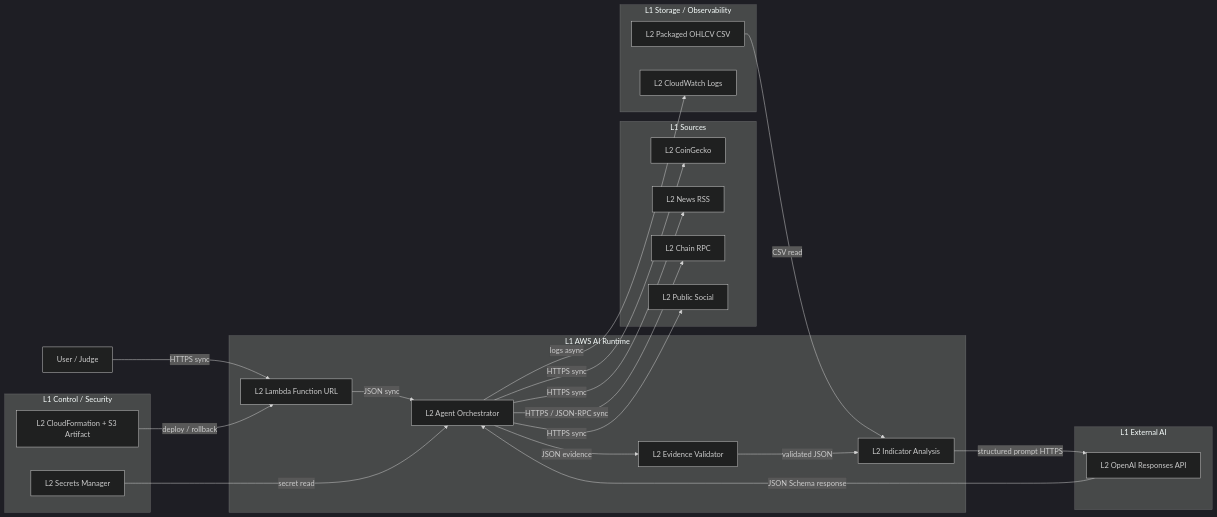
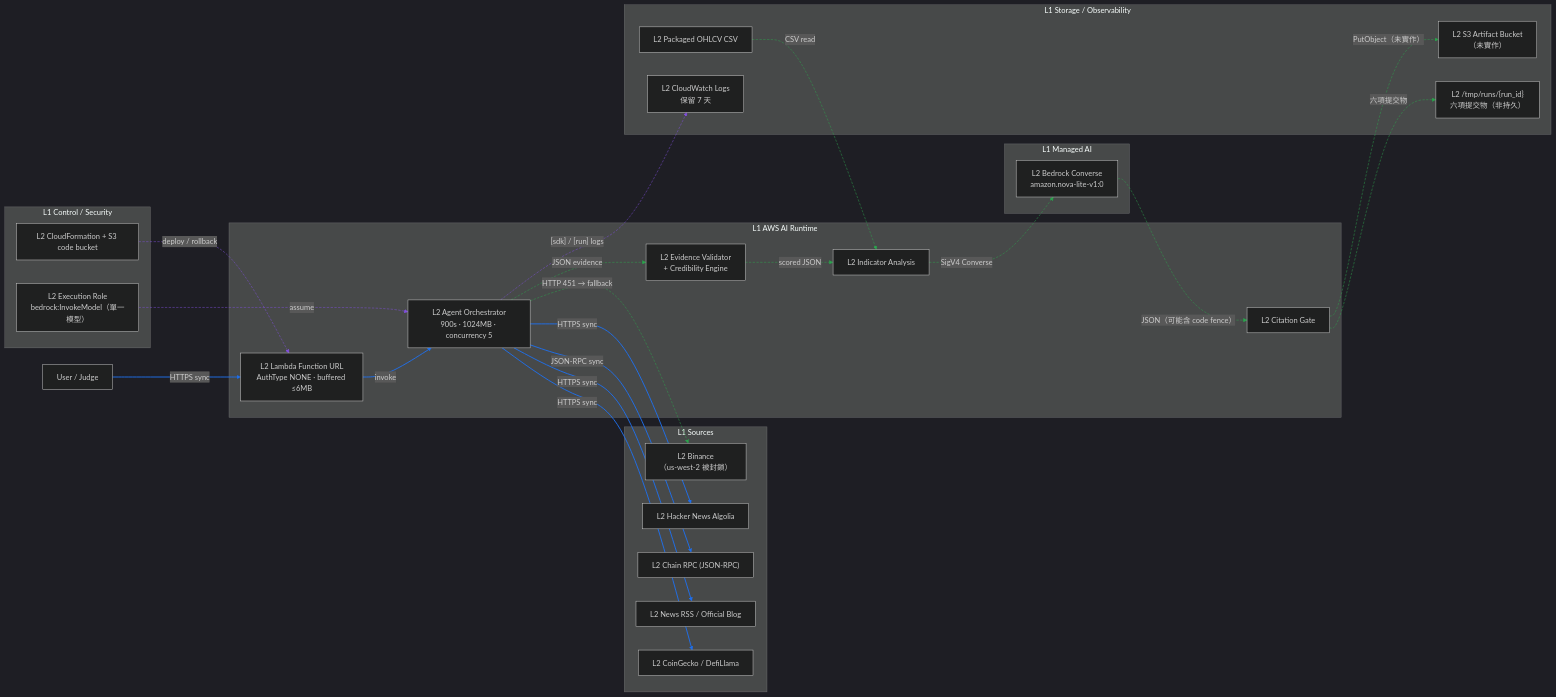
One commit to hsuiris/hoyabit-crypto-research-agent changed the diagram in docs/aws-architecture.md. Above: the diagram before and after it, drawn with Mermaid (dark theme). The commit also changed other lines of this file and 12 other files, not shown here.

````diff
--- a/docs/aws-architecture.md
+++ b/docs/aws-architecture.md
@@ -32,40 +67,51 @@
 ```mermaid
 flowchart LR
   subgraph S["L1 Sources"]
-    CG["L2 CoinGecko"]
-    NW["L2 News RSS"]
-    CH["L2 Chain RPC"]
-    SO["L2 Public Social"]
+    CG["L2 CoinGecko / DefiLlama"]
+    NW["L2 News RSS / Official Blog"]
+    CH["L2 Chain RPC (JSON-RPC)"]
+    SO["L2 Hacker News Algolia"]
+    BN["L2 Binance<br/>（us-west-2 被封鎖）"]
   end
   subgraph A["L1 AWS AI Runtime"]
-    URL["L2 Lambda Function URL"]
-    OR["L2 Agent Orchestrator"]
-    EV["L2 Evidence Validator"]
+    URL["L2 Lambda Function URL<br/>AuthType NONE · buffered ≤6MB"]
+    OR["L2 Agent Orchestrator<br/>900s · 1024MB · concurrency 5"]
+    EV["L2 Evidence Validator<br/>+ Credibility Engine"]
     AN["L2 Indicator Analysis"]
+    GA["L2 Citation Gate"]
+  end
+  subgraph X["L1 Managed AI"]
+    BR["L2 Bedrock Converse<br/>amazon.nova-lite-v1:0"]
   end
   subgraph ST["L1 Storage / Observability"]
     CSV["L2 Packaged OHLCV CSV"]
-    CW["L2 CloudWatch Logs"]
-  end
-  subgraph X["L1 External AI"]
-    OA["L2 OpenAI Responses API"]
+    TMP["L2 /tmp/runs/{run_id}<br/>六項提交物（非持久）"]
+    S3A["L2 S3 Artifact Bucket<br/>（未實作）"]
+    CW["L2 CloudWatch Logs<br/>保留 7 天"]
   end
   subgraph C["L1 Control / Security"]
-    CF["L2 CloudFormation + S3 Artifact"]
-    SM["L2 Secrets Manager"]
+    CF["L2 CloudFormation + S3 code bucket"]
+    RO["L2 Execution Role<br/>bedrock:InvokeModel（單一模型）"]
   end
   U["User / Judge"] -->|"HTTPS sync"| URL
-  URL -->|"JSON sync"| OR
+  URL -->|"invoke"| OR
   OR -->|"HTTPS sync"| CG
   OR -->|"HTTPS sync"| NW
-  OR -->|"HTTPS / JSON-RPC sync"| CH
+  OR -->|"JSON-RPC sync"| CH
   OR -->|"HTTPS sync"| SO
+  OR -.->|"HTTP 451 → fallback"| BN
   OR -->|"JSON evidence"| EV
   CSV -->|"CSV read"| AN
-  EV -->|"validated JSON"| AN
-  AN -->|"structured prompt HTTPS"| OA
-  OA -->|"JSON Schema response"| OR
-  OR -->|"logs async"| CW
-  SM -->|"secret read"| OR
-  CF -->|"deploy / rollback"| URL
+  EV -->|"scored JSON"| AN
+  AN -->|"SigV4 Converse"| BR
+  BR -.->|"JSON（可能含 code fence）"| GA
+  GA -->|"六項提交物"| TMP
+  GA -.->|"PutObject（未實作）"| S3A
+  OR -.->|"[sdk] / [run] logs"| CW
+  RO -.->|"assume"| OR
+  CF -.->|"deploy / rollback"| URL
+
+  linkStyle 0,1,2,3,4,5 stroke:#1f6feb,stroke-width:2px
+  linkStyle 6,7,8,9,10,11,12,13 stroke:#2da44e,stroke-dasharray:5 3
+  linkStyle 14,15,16 stroke:#8250df,stroke-dasharray:5 3
 ```
````
